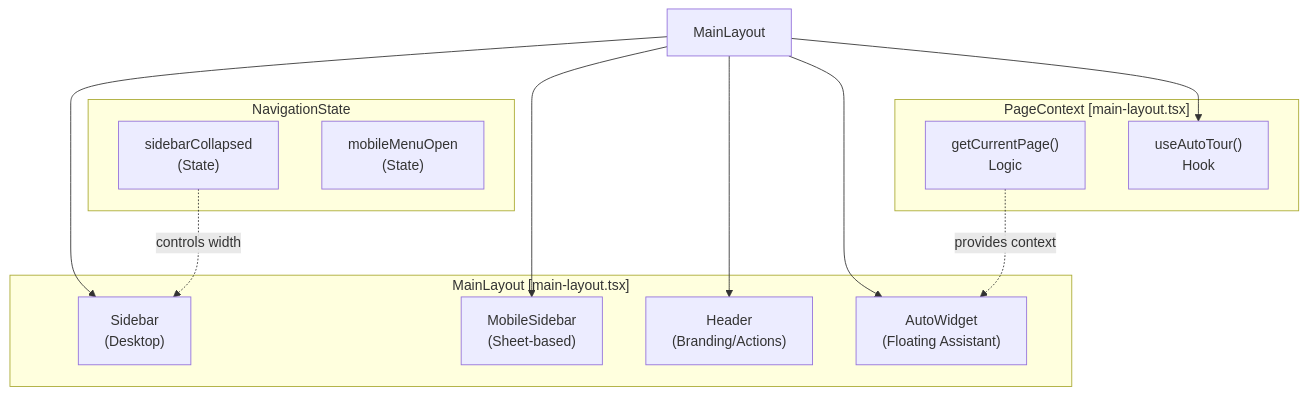
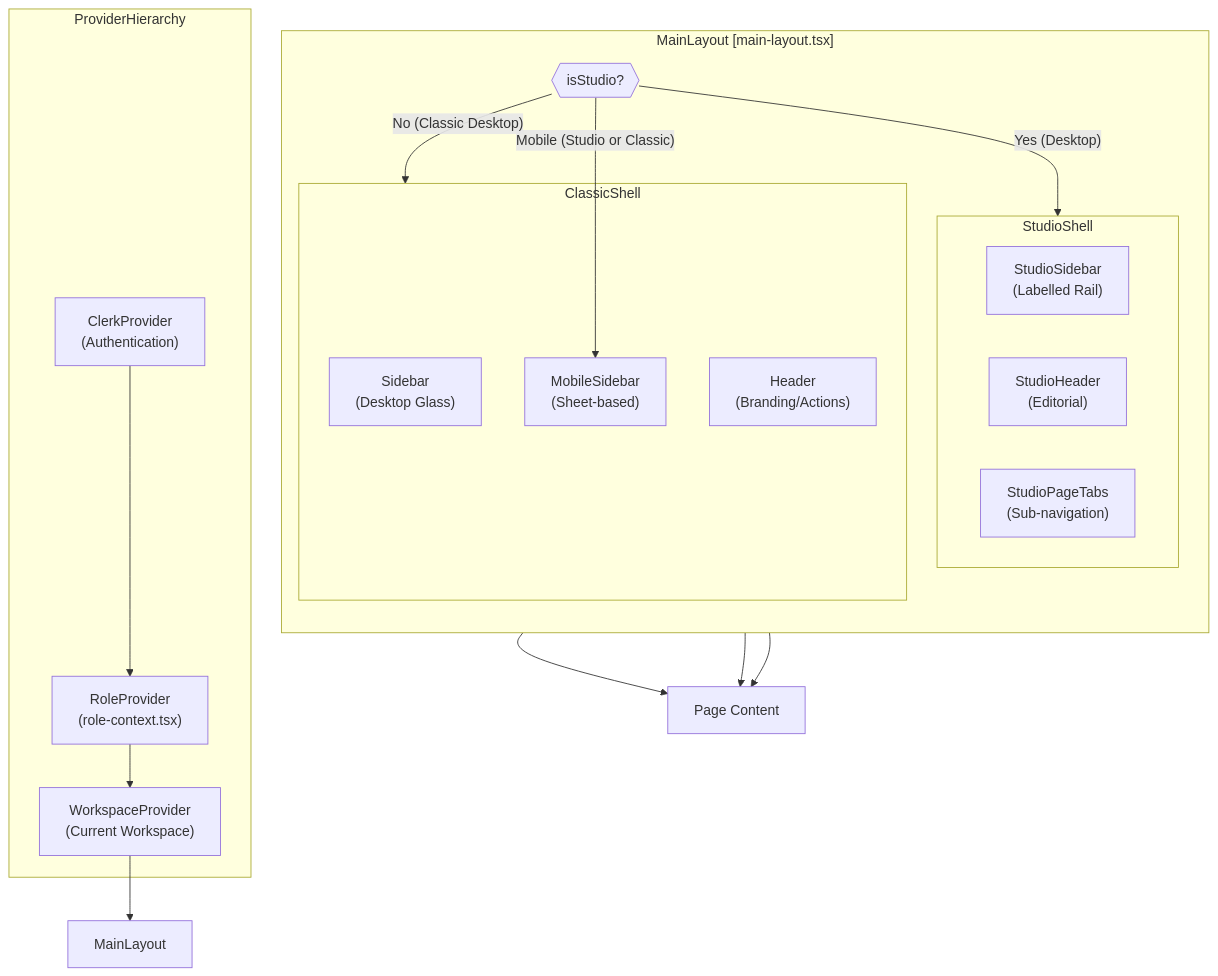
One commit to AutomatosAI/automatos-ai changed the first of 2 diagrams in docs/frontend-architecture/navigation-layout.md. Above: the diagram before and after it, drawn with Mermaid. The commit also changed other lines of this file and 191 other files, not shown here.

````diff
--- a/docs/frontend-architecture/navigation-layout.md
+++ b/docs/frontend-architecture/navigation-layout.md
@@ -47,28 +59,37 @@
 ```mermaid
 graph TB
-    subgraph "MainLayout [main-layout.tsx]"
-        SidebarComp["Sidebar<br/>(Desktop)"]
-        MobileSidebar["MobileSidebar<br/>(Sheet-based)"]
-        HeaderComp["Header<br/>(Branding/Actions)"]
-        AutoWidget["AutoWidget<br/>(Floating Assistant)"]
-    end
-    
-    subgraph "PageContext [main-layout.tsx]"
-        getCurrentPage["getCurrentPage()<br/>Logic"]
-        useAutoTour["useAutoTour()<br/>Hook"]
-    end
-    
-    subgraph "NavigationState"
-        sidebarCollapsed["sidebarCollapsed<br/>(State)"]
-        mobileMenuOpen["mobileMenuOpen<br/>(State)"]
+    subgraph "ProviderHierarchy"
+        ClerkProvider["ClerkProvider<br/>(Authentication)"]
+        RoleProvider["RoleProvider<br/>(role-context.tsx)"]
+WorkspaceProvider["WorkspaceProvider<br/>(Current Workspace)"]
     end
 
-    MainLayout --> SidebarComp
-    MainLayout --> MobileSidebar
-    MainLayout --> HeaderComp
-    MainLayout --> AutoWidget
-    MainLayout --> useAutoTour
-    
-    getCurrentPage -.->|provides context| AutoWidget
-    sidebarCollapsed -.->|controls width| SidebarComp
+    subgraph "MainLayout [main-layout.tsx]"
+        direction TB
+        IsStudio{{"isStudio?"}}
+
+        subgraph "StudioShell"
+            StudioSidebar["StudioSidebar<br/>(Labelled Rail)"]
+            StudioHeader["StudioHeader<br/>(Editorial)"]
+            StudioPageTabs["StudioPageTabs<br/>(Sub-navigation)"]
+        end
+
+        subgraph "ClassicShell"
+            SidebarComp["Sidebar<br/>(Desktop Glass)"]
+            MobileSidebar["MobileSidebar<br/>(Sheet-based)"]
+            HeaderComp["Header<br/>(Branding/Actions)"]
+        end
+    end
+
+    ClerkProvider --> RoleProvider
+    RoleProvider --> WorkspaceProvider
+    WorkspaceProvider --> MainLayout
+
+    IsStudio -- "Yes (Desktop)" --> StudioShell
+    IsStudio -- "No (Classic Desktop)" --> ClassicShell
+    IsStudio -- "Mobile (Studio or Classic)" --> MobileSidebar
+
+    StudioShell --> PageContent["Page Content"]
+    ClassicShell --> PageContent
+    MobileSidebar --> PageContent
 ```
````
